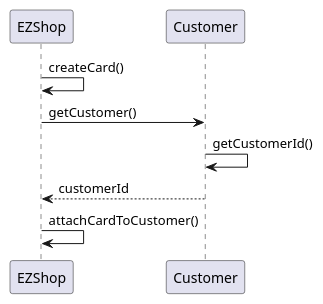
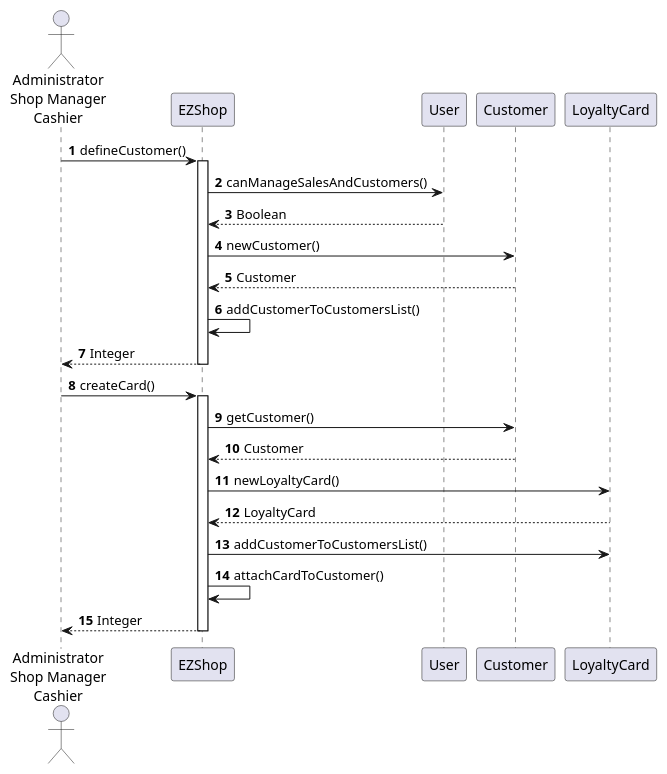
One commit to gioele-scaletta/EZShop-Software-Engineering-Project changed diagram 11 of 20 in Deliverables/DesignDocument.md. Above: the diagram before and after it, drawn with PlantUML. The commit also changed other lines of this file, not shown here.

Commit message:
Update Use case 4 in DesignDocument.md

````diff
--- a/Deliverables/DesignDocument.md
+++ b/Deliverables/DesignDocument.md
@@ -405,7 +405,25 @@
 ```plantuml
-EZShop -> EZShop : createCard()
-EZShop ->Customer : getCustomer()
-Customer -> Customer : getCustomerId()
-Customer --> EZShop : customerId
+actor "Administrator\nShop Manager\nCashier" as user
+autonumber
+
+user->EZShop : defineCustomer()
+activate EZShop
+EZShop->User : canManageSalesAndCustomers()
+User -->EZShop : Boolean
+EZShop->Customer : newCustomer()
+Customer -->EZShop : Customer
+EZShop->EZShop : addCustomerToCustomersList()
+EZShop-->user: Integer
+deactivate EZShop
+
+user->EZShop : createCard()
+activate EZShop
+EZShop->Customer : getCustomer()
+Customer -->EZShop : Customer
+EZShop->LoyaltyCard : newLoyaltyCard()
+LoyaltyCard --> EZShop : LoyaltyCard
+EZShop->LoyaltyCard : addCustomerToCustomersList()
 EZShop -> EZShop : attachCardToCustomer()
+EZShop-->user: Integer
+deactivate EZShop
 ```
````
